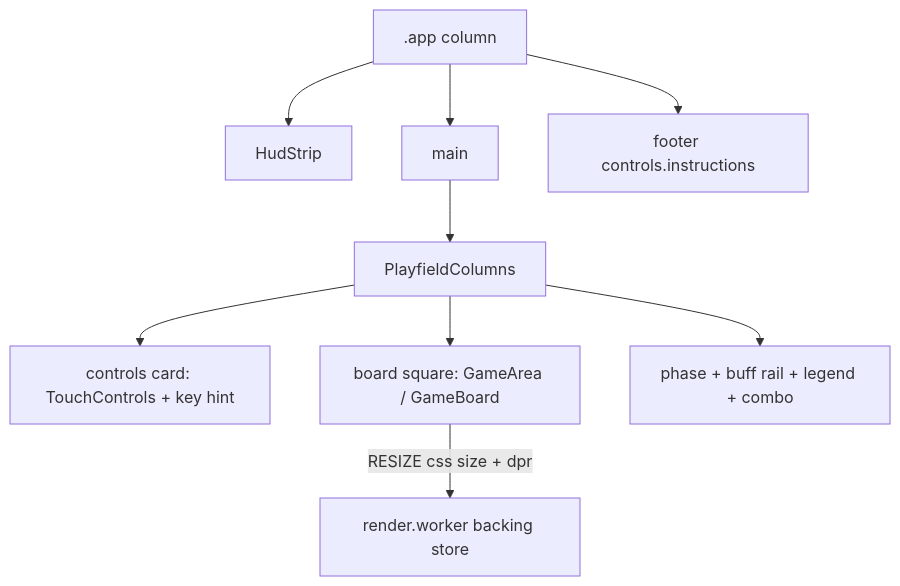
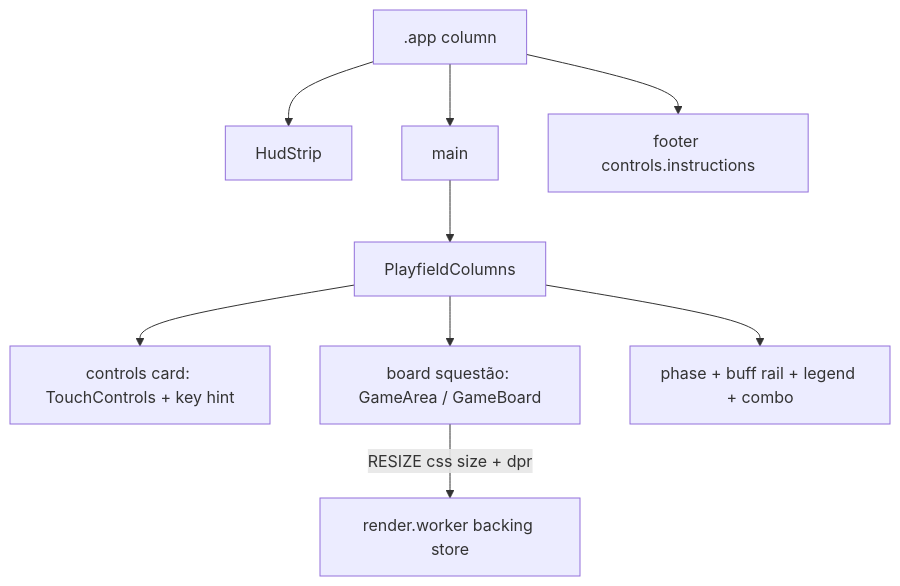
The diagram in docs/SDD/specs/REF-09-compact-landscape-layout.md (rafaeljfec2/connexto-snakegame-funny), drawn with Mermaid before and after one commit. The commit also changed other lines of this file and 50 other files, not shown here.

````diff
--- a/docs/SDD/specs/REF-09-compact-landscape-layout.md
+++ b/docs/SDD/specs/REF-09-compact-landscape-layout.md
@@ -54,12 +54,12 @@
 ```mermaid
 flowchart TB
   app[".app column"]
   app --> hud["HudStrip"]
   app --> main["main"]
   app --> footer["footer controls.instructions"]
   main --> shell["PlayfieldColumns"]
   shell --> left["controls card: TouchControls + key hint"]
-  shell --> center["board square: GameArea / GameBoard"]
+  shell --> center["board squestão: GameArea / GameBoard"]
   shell --> right["phase + buff rail + legend + combo"]
   center -->|"RESIZE css size + dpr"| render["render.worker backing store"]
 ```
````
